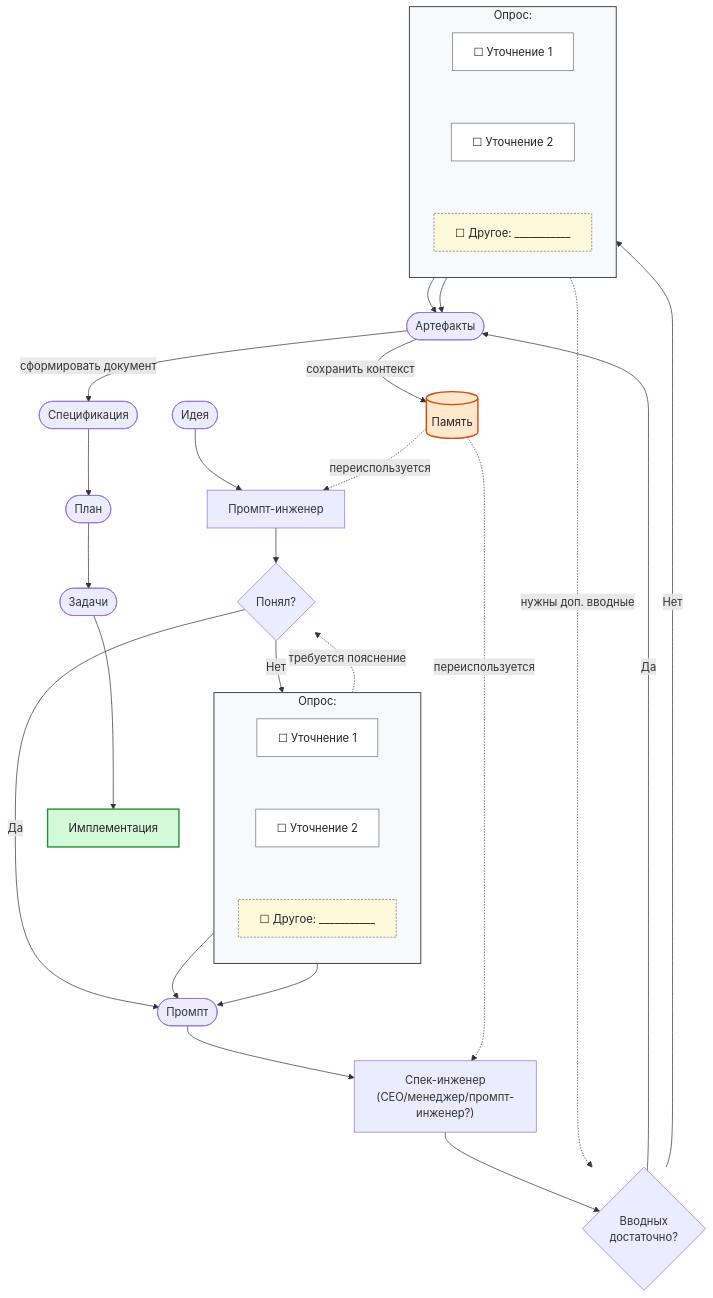
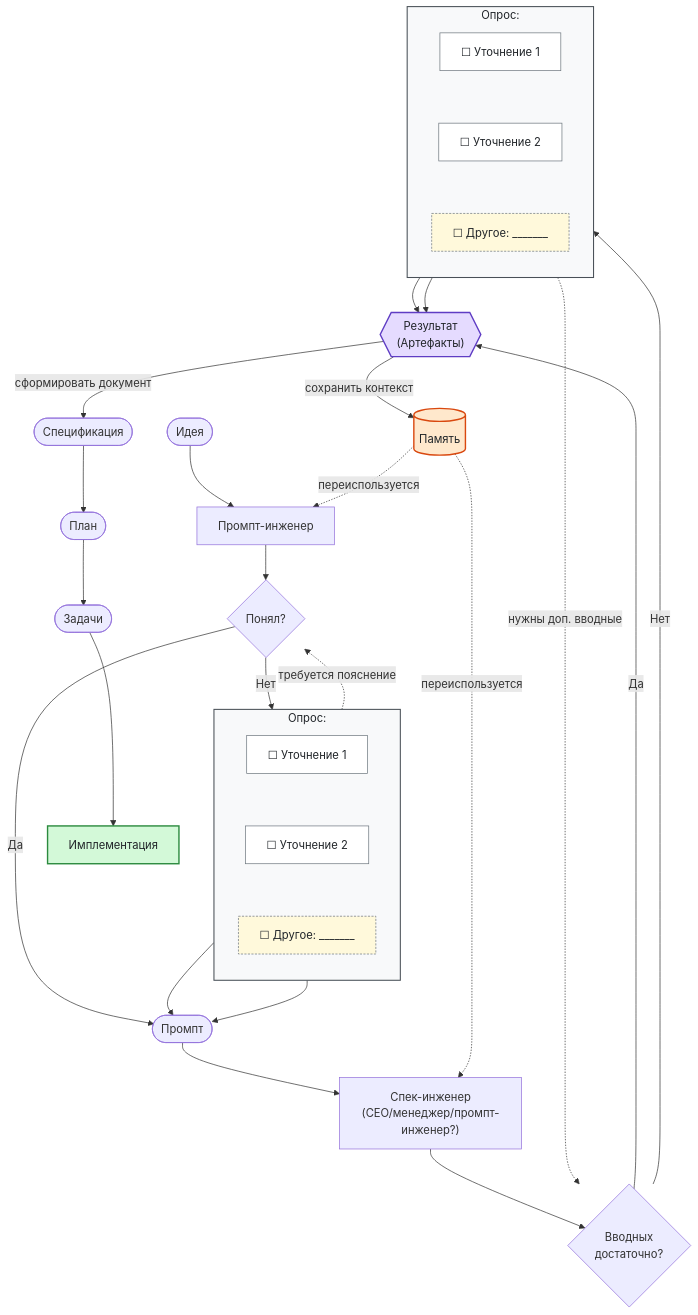
One commit to teratron/magic-spec changed the diagram in .draft/блок-схема.md. Above: the diagram before and after it, drawn with Mermaid. The commit also changed other lines of this file, not shown here.

Commit message:
Please provide the code changes or file diffs you would like me to summarize.

````diff
--- a/.draft/блок-схема.md
+++ b/.draft/блок-схема.md
@@ -5,74 +5,75 @@
 ```mermaid
 flowchart TD
     %% ================= БЛОК 1: ИДЕЯ -> ПРОМПТ =================
     A(["Идея"]) --> B["Промпт-инженер"] --> C{"Понял?"}
 
     C -->|Нет| D1
 
     subgraph D["Опрос:"]
         direction TB
         D1["☐ Уточнение 1"]
         D2["☐ Уточнение 2"]
-        D3["☐ Другое: ___________"]
+        D3["☐ Другое: _______"]
         D1 ~~~ D2
         D2 ~~~ D3
     end
 
     D1 --> E(["Промпт"])
     D2 --> E
     D3 -.->|требуется пояснение| C
     C -->|Да| E
 
     %% не даёт "Промпт" всплыть на уровень D3
     D3 ~~~ E
 
     %% ================= БЛОК 2: ПРОМПТ -> СПЕЦИФИКАЦИЯ =================
     E --> F["Спек-инженер<br />(CEO/менеджер/промпт-инженер?)"] --> G{"Вводных<br />достаточно?"}
 
     G -->|Нет| S1
 
     subgraph S["Опрос:"]
         direction TB
         S1["☐ Уточнение 1"]
         S2["☐ Уточнение 2"]
-        S3["☐ Другое: ___________"]
+        S3["☐ Другое: _______"]
         S1 ~~~ S2
         S2 ~~~ S3
     end
 
-    S1 --> R(["Артефакты"])
+    S1 --> R{{"Результат<br />(Артефакты)"}}
     S2 --> R
     S3 -.->|нужны доп. вводные| G
     G -->|Да| R
 
     %% не даёт "Артефакты" всплыть на уровень S3
     S3 ~~~ R
 
     %% ================= БЛОК 3: СПЕЦИФИКАЦИЯ -> ИМПЛЕМЕНТАЦИЯ =================
     R -->|сохранить контекст| M[(Память)]
     R -->|сформировать документ| H(["Спецификация"])
     %% H --> I(["План"]) --> J(["Задачи"]) --> K["Имплементация"]
     H --> I(["План"])
     I --> J(["Задачи"])
     J --> K["Имплементация"]
 
     %% память питает следующие итерации
     M -.->|переиспользуется| B
     M -.->|переиспользуется| F
 
     %% не даёт "Память" всплыть на уровень "Артефакты"
     R ~~~ M
 
     %% --- оформление ---
     classDef item fill:#FFFFFF,stroke:#6C757D,stroke-width:1px,color:#212529
     classDef other fill:#FFF9DB,stroke:#6C757D,stroke-width:1px,stroke-dasharray:3 2,color:#212529
     classDef work fill:#D3F9D8,stroke:#2B8A3E,stroke-width:2px,color:#212529
     classDef hub fill:#E5DBFF,stroke:#5F3DC4,stroke-width:2px,color:#212529
     classDef store fill:#FFE8CC,stroke:#D9480F,stroke-width:2px,color:#212529
     class D1,D2,S1,S2 item
     class D3,S3 other
+    class R hub
     class M store
     class K work
     style D fill:#F8F9FA,stroke:#495057,stroke-width:1.5px,color:#212529
     style S fill:#F8F9FA,stroke:#495057,stroke-width:1.5px,color:#212529
 ```
````
